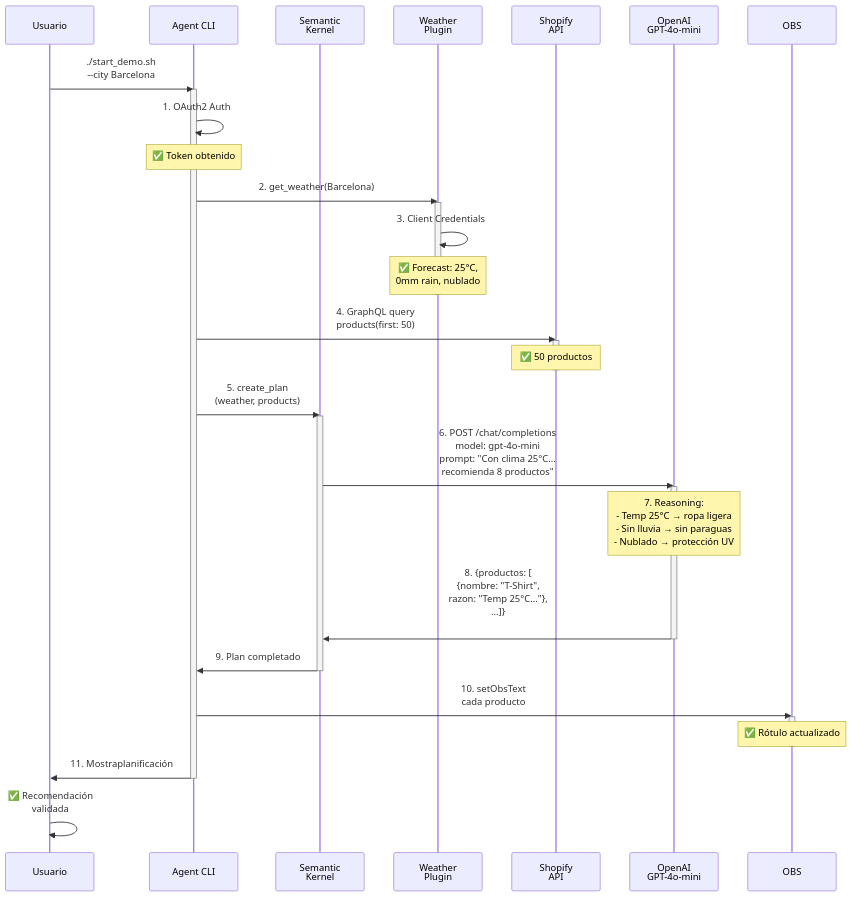
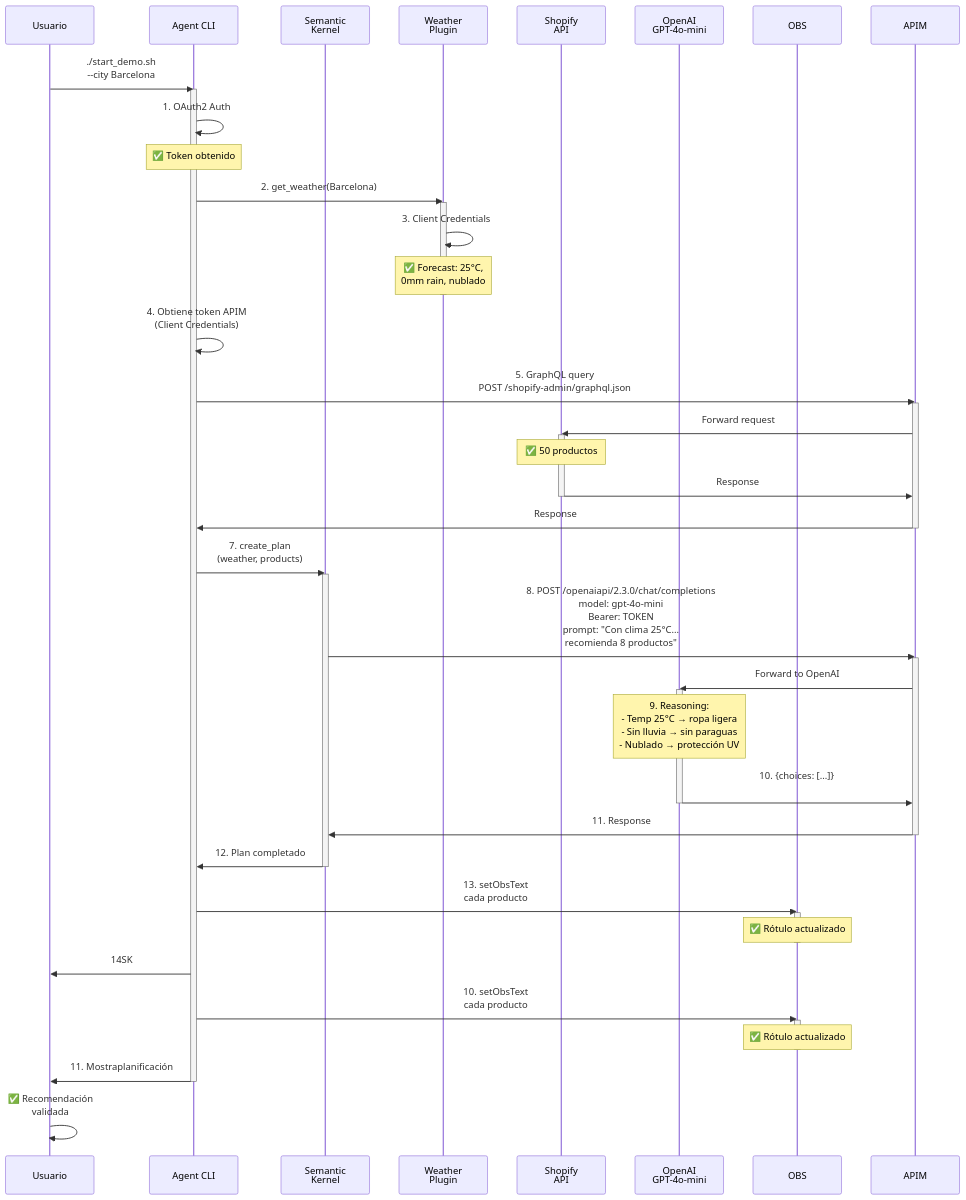
Before and after one commit to rgranadosd/charlas: the eighth of 8 diagrams in 48HSK/DIAGRAMA_COMUNICACIONES.md, drawn with Mermaid. The commit also changed other lines of this file and 3 other files, not shown here.

First line of the commit message:
refactor: Shopify API calls through APIM Gateway proxy

````diff
--- a/48HSK/DIAGRAMA_COMUNICACIONES.md
+++ b/48HSK/DIAGRAMA_COMUNICACIONES.md
@@ -332,51 +337,71 @@
 ```mermaid
 sequenceDiagram
     participant U as Usuario
     participant CLI as Agent CLI
     participant SK as Semantic<br/>Kernel
     participant Weather as Weather<br/>Plugin
     participant Shopify as Shopify<br/>API
     participant OpenAI as OpenAI<br/>GPT-4o-mini
     participant OBS as OBS
     
     U->>CLI: ./start_demo.sh<br/>--city Barcelona
     activate CLI
     
     CLI->>CLI: 1. OAuth2 Auth
     Note over CLI: ✅ Token obtenido
     
     CLI->>Weather: 2. get_weather(Barcelona)
     activate Weather
     Weather->>Weather: 3. Client Credentials
     Note over Weather: ✅ Forecast: 25°C,<br/>0mm rain, nublado
     deactivate Weather
     
-    CLI->>Shopify: 4. GraphQL query<br/>products(first: 50)
+    CLI->>CLI: 4. Obtiene token APIM<br/>(Client Credentials)
+    
+    CLI->>APIM: 5. GraphQL query<br/>POST /shopify-admin/graphql.json
+    activate APIM
+    APIM->>Shopify: Forward request
     activate Shopify
     Note over Shopify: ✅ 50 productos
+    Shopify->>APIM: Response
     deactivate Shopify
+    APIM->>CLI: Response
+    deactivate APIM
     
-    CLI->>SK: 5. create_plan<br/>(weather, products)
+    CLI->>SK: 7. create_plan<br/>(weather, products)
     activate SK
     
-    SK->>OpenAI: 6. POST /chat/completions<br/>model: gpt-4o-mini<br/>prompt: "Con clima 25°C...<br/>recomienda 8 productos"
+    SK->>APIM: 8. POST /openaiapi/2.3.0/chat/completions<br/>model: gpt-4o-mini<br/>Bearer: TOKEN<br/>prompt: "Con clima 25°C...<br/>recomienda 8 productos"
+    activate APIM
+    
+    APIM->>OpenAI: Forward to OpenAI
     activate OpenAI
     
-    Note over OpenAI: 7. Reasoning:<br/>- Temp 25°C → ropa ligera<br/>- Sin lluvia → sin paraguas<br/>- Nublado → protección UV
+    Note over OpenAI: 9. Reasoning:<br/>- Temp 25°C → ropa ligera<br/>- Sin lluvia → sin paraguas<br/>- Nublado → protección UV
     
-    OpenAI->>SK: 8. {productos: [<br/>{nombre: "T-Shirt",<br/>razon: "Temp 25°C..."},<br/>...]}<br/>
+    OpenAI->>APIM: 10. {choices: [...]}<br/>
     deactivate OpenAI
     
-    SK->>CLI: 9. Plan completado
+    APIM->>SK: 11. Response
+    deactivate APIM
+    
+    SK->>CLI: 12. Plan completado
     deactivate SK
+    
+    CLI->>OBS: 13. setObsText<br/>cada producto
+    activate OBS
+    Note over OBS: ✅ Rótulo actualizado
+    deactivate OBS
+    
+    CLI->>U: 14SK
     
     CLI->>OBS: 10. setObsText<br/>cada producto
     activate OBS
     Note over OBS: ✅ Rótulo actualizado
     deactivate OBS
     
     CLI->>U: 11. Mostraplanificación
     deactivate CLI
     
     U->>U: ✅ Recomendación<br/>validada
 ```
````
